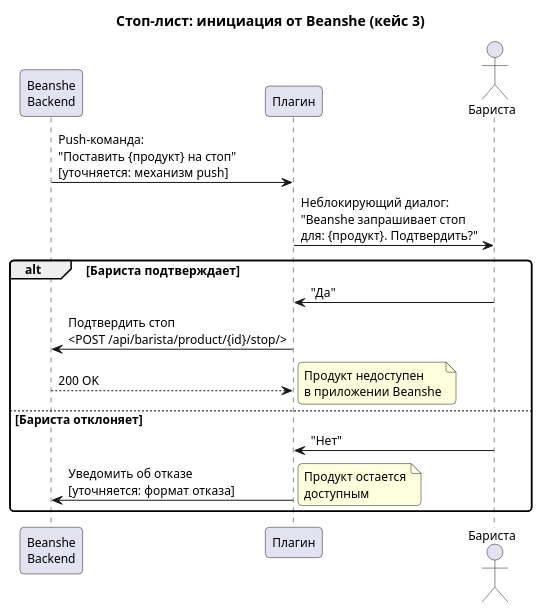
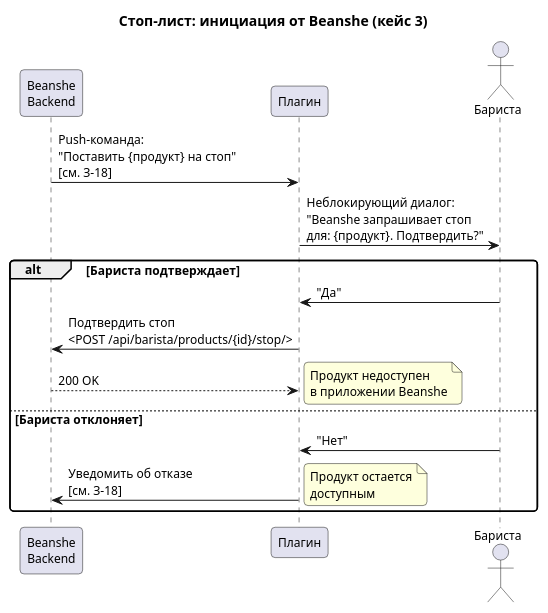
One commit to KirillTyurin21/prototypes changed the ninth of 10 diagrams in materials/Бинши/Beanshe-спецификация.md. Above: the diagram before and after it, drawn with PlantUML. The commit also changed other lines of this file and 18 other files, not shown here.

````diff
--- a/materials/Бинши/Beanshe-спецификация.md
+++ b/materials/Бинши/Beanshe-спецификация.md
@@ -1051,29 +1504,29 @@
 ```plantuml
 @startuml стоп-лист-кейс-3
 skinparam backgroundColor white
 skinparam defaultFontName "Segoe UI"
 skinparam defaultFontSize 12
 skinparam shadowing false
 skinparam roundcorner 8
 
 title "Стоп-лист: инициация от Beanshe (кейс 3)"
 
 participant "Beanshe\nBackend" as backend
 participant "Плагин" as plugin
 actor "Бариста" as barista
 
-backend -> plugin : Push-команда:\n"Поставить {продукт} на стоп"\n[уточняется: механизм push]
+backend -> plugin : Push-команда:\n"Поставить {продукт} на стоп"\n[см. З-18]
 plugin -> barista : Неблокирующий диалог:\n"Beanshe запрашивает стоп\nдля: {продукт}. Подтвердить?"
 
 alt Бариста подтверждает
   barista -> plugin : "Да"
-  plugin -> backend : Подтвердить стоп\n<POST /api/barista/product/{id}/stop/>
+  plugin -> backend : Подтвердить стоп\n<POST /api/barista/products/{id}/stop/>
   backend --> plugin : 200 OK
   note right: Продукт недоступен\nв приложении Beanshe
 else Бариста отклоняет
   barista -> plugin : "Нет"
-  plugin -> backend : Уведомить об отказе\n[уточняется: формат отказа]
+  plugin -> backend : Уведомить об отказе\n[см. З-18]
   note right: Продукт остается\nдоступным
 end
 @enduml
 ```
````
